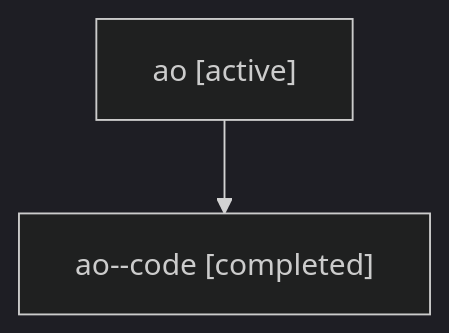
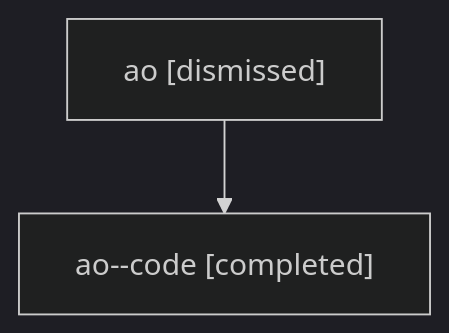
Before and after one commit to bobs-org/bob-cli--agents: the diagram in sessions/bbugyi200.athena.ao.md, drawn with Mermaid (dark theme). The commit also changed other lines of this file and 32 other files, not shown here.

````diff
--- a/sessions/bbugyi200.athena.ao.md
+++ b/sessions/bbugyi200.athena.ao.md
@@ -9,6 +9,6 @@
 ```mermaid
 flowchart TD
-  n0["ao [active]"]
+  n0["ao [dismissed]"]
   n1["ao--code [completed]"]
   n0 --> n1
 ```
````
